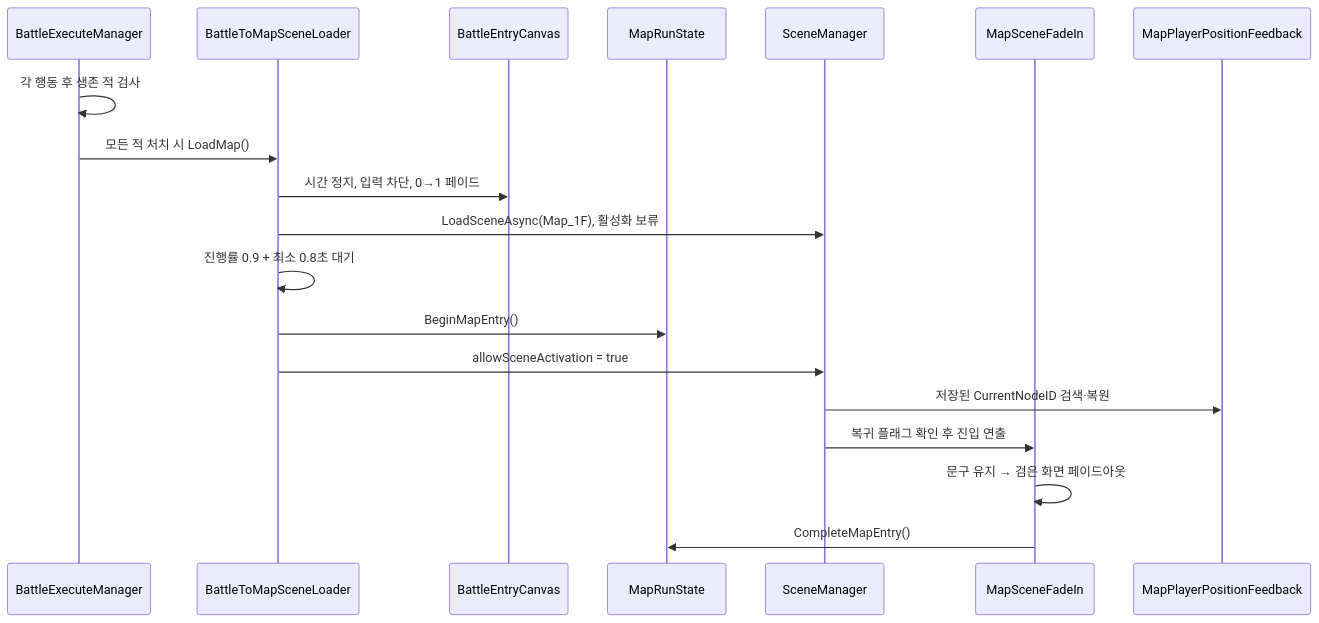
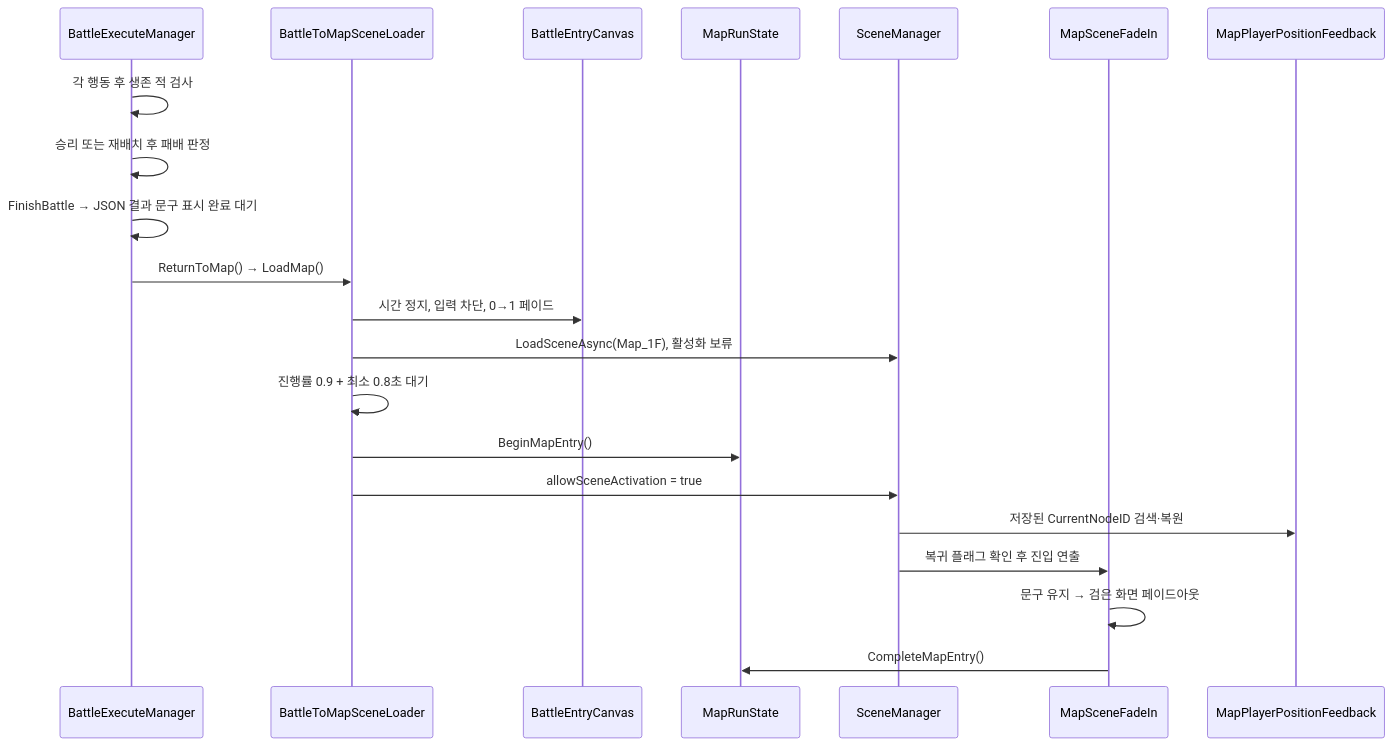
One commit to icrf-hot/Randint_Strategy_Record changed the second of 2 diagrams in wiki/01 시스템/씬 전환 및 로딩.md. Above: the diagram before and after it, drawn with Mermaid. The commit also changed other lines of this file and 51 other files, not shown here.

````diff
--- a/wiki/01 시스템/씬 전환 및 로딩.md
+++ b/wiki/01 시스템/씬 전환 및 로딩.md
@@ -47,22 +47,24 @@
 ```mermaid
 sequenceDiagram
     participant Exec as BattleExecuteManager
     participant Loader as BattleToMapSceneLoader
     participant BattleUI as BattleEntryCanvas
     participant State as MapRunState
     participant Scene as SceneManager
     participant MapFade as MapSceneFadeIn
     participant Position as MapPlayerPositionFeedback
 
     Exec->>Exec: 각 행동 후 생존 적 검사
-    Exec->>Loader: 모든 적 처치 시 LoadMap()
+    Exec->>Exec: 승리 또는 재배치 후 패배 판정
+    Exec->>Exec: FinishBattle → JSON 결과 문구 표시 완료 대기
+    Exec->>Loader: ReturnToMap() → LoadMap()
     Loader->>BattleUI: 시간 정지, 입력 차단, 0→1 페이드
     Loader->>Scene: LoadSceneAsync(Map_1F), 활성화 보류
     Loader->>Loader: 진행률 0.9 + 최소 0.8초 대기
     Loader->>State: BeginMapEntry()
     Loader->>Scene: allowSceneActivation = true
     Scene->>Position: 저장된 CurrentNodeID 검색·복원
     Scene->>MapFade: 복귀 플래그 확인 후 진입 연출
     MapFade->>MapFade: 문구 유지 → 검은 화면 페이드아웃
     MapFade->>State: CompleteMapEntry()
 ```
````
